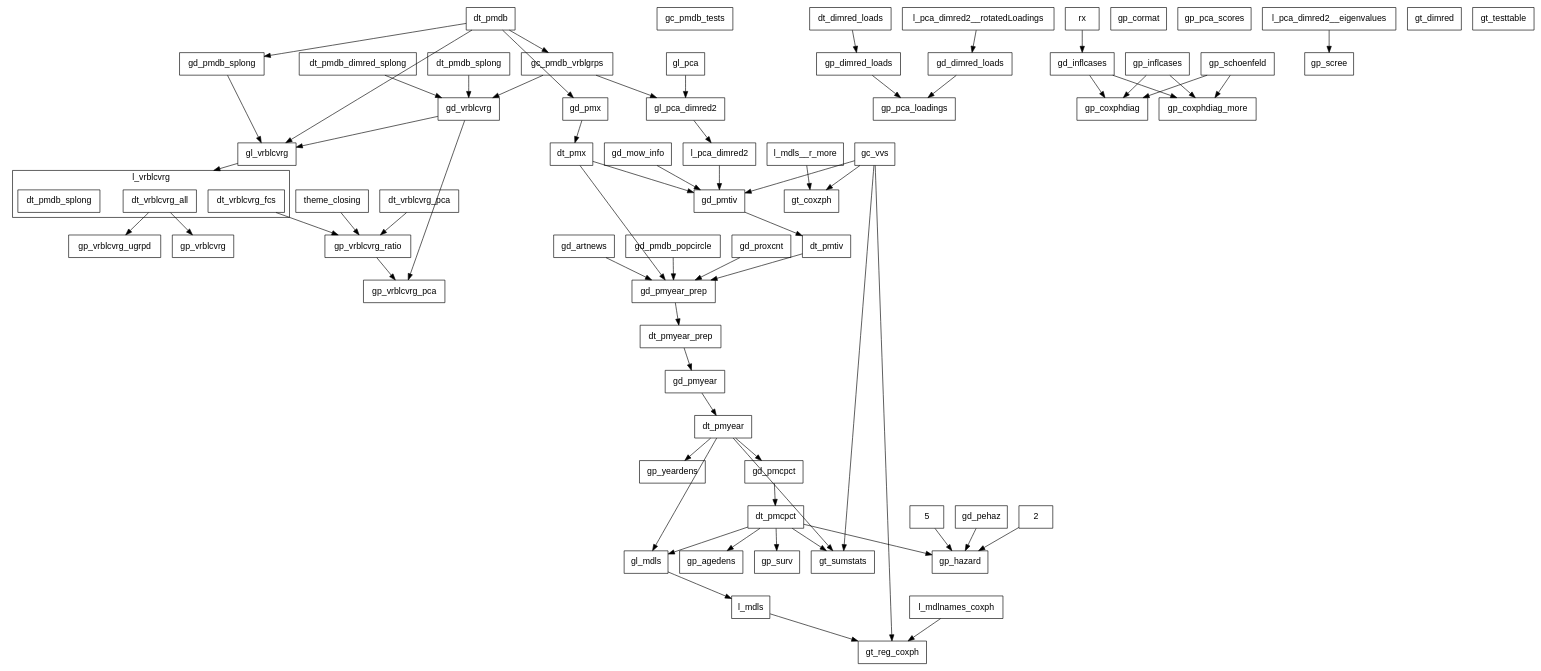
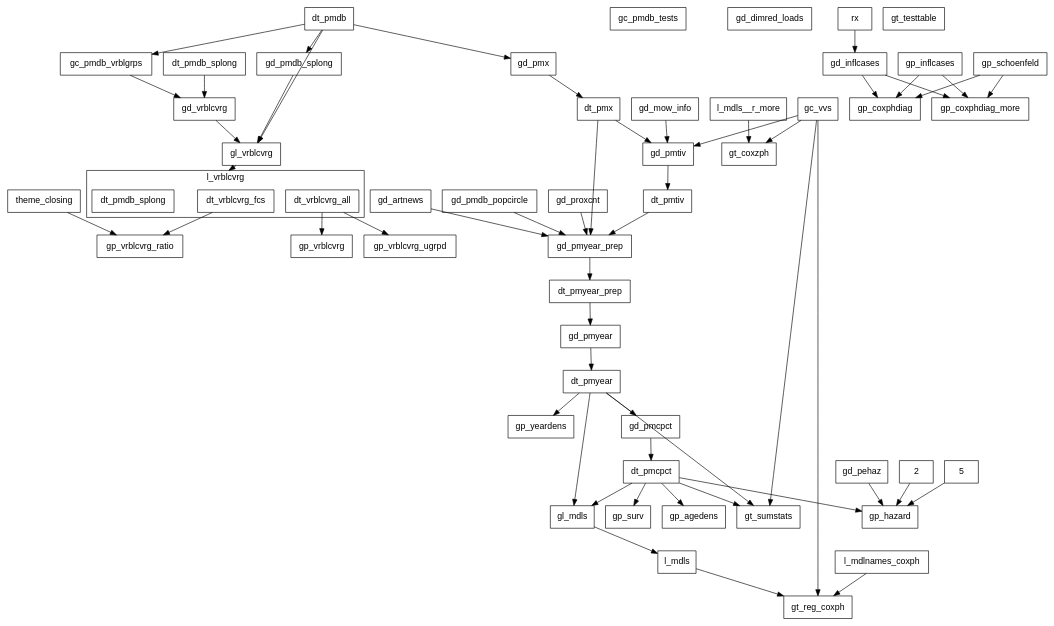
One commit to swhalemwo/pm_closing changed the diagram in misc/callgraph2.dot. Above: the diagram before and after it, drawn with Graphviz. The commit also changed 3 other files, not shown here.

```diff
--- a/misc/callgraph2.dot
+++ b/misc/callgraph2.dot
@@ -1,142 +1,114 @@
 digraph D {
  compound = true;
  splines = false; fontname=helvetica;
  node [shape=box, fontsize = 14, fontname=helvetica];
  edge [style = solid];
  
  subgraph cluster_l_vrblcvrg {
  label = "l_vrblcvrg";
  l_vrblcvrg__dt_vrblcvrg_all [label=dt_vrblcvrg_all]; 
 l_vrblcvrg__dt_vrblcvrg_fcs [label=dt_vrblcvrg_fcs]; 
 l_vrblcvrg [label = "", color=transparent, width=0, height=0]; 
 l_vrblcvrg__dt_pmdb_splong [label=dt_pmdb_splong] 
 } 
  gc_pmdb_tests; 
 gc_pmdb_vrblgrps; 
 gc_vvs; 
 gd_artnews; 
 gd_dimred_loads; 
 gd_inflcases; 
 gd_mow_info; 
 gd_pehaz; 
 gd_pmcpct; 
 gd_pmdb_popcircle; 
 gd_pmdb_splong; 
 gd_pmtiv; 
 gd_pmx; 
 gd_pmyear; 
 gd_pmyear_prep; 
 gd_proxcnt; 
 gd_vrblcvrg; 
 gl_mdls; 
-gl_pca; 
-gl_pca_dimred2; 
 gl_vrblcvrg; 
 gp_agedens; 
-gp_cormat; 
 gp_coxphdiag; 
 gp_coxphdiag_more; 
-gp_dimred_loads; 
 gp_hazard; 
 gp_inflcases; 
-gp_pca_loadings; 
-gp_pca_scores; 
 gp_schoenfeld; 
-gp_scree; 
 gp_surv; 
 gp_vrblcvrg; 
-gp_vrblcvrg_pca; 
 gp_vrblcvrg_ratio; 
 gp_vrblcvrg_ugrpd; 
 gp_yeardens; 
 gt_coxzph; 
-gt_dimred; 
 gt_reg_coxph; 
 gt_sumstats; 
 gt_testtable; 
 theme_closing; 
 dt_pmdb; 
 dt_pmdb_splong; 
 dt_pmx; 
-l_pca_dimred2; 
 dt_pmtiv; 
 dt_pmyear_prep; 
 dt_pmyear; 
 dt_pmcpct; 
-dt_pmdb_dimred_splong; 
-dt_vrblcvrg_pca; 
 2; 
 5; 
-l_pca_dimred2__eigenvalues; 
-l_pca_dimred2__rotatedLoadings; 
-dt_dimred_loads; 
 rx; 
 l_mdls__r_more; 
 l_mdls; 
 l_mdlnames_coxph 
  2 -> gp_hazard; 
 5 -> gp_hazard; 
-dt_dimred_loads -> gp_dimred_loads; 
 dt_pmcpct -> gl_mdls; 
 dt_pmcpct -> gp_agedens; 
 dt_pmcpct -> gp_hazard; 
 dt_pmcpct -> gp_surv; 
 dt_pmcpct -> gt_sumstats; 
 dt_pmdb -> gc_pmdb_vrblgrps; 
 dt_pmdb -> gd_pmdb_splong; 
 dt_pmdb -> gd_pmx; 
 dt_pmdb -> gl_vrblcvrg; 
-dt_pmdb_dimred_splong -> gd_vrblcvrg; 
 dt_pmdb_splong -> gd_vrblcvrg; 
 dt_pmtiv -> gd_pmyear_prep; 
 dt_pmx -> gd_pmtiv; 
 dt_pmx -> gd_pmyear_prep; 
 dt_pmyear -> gd_pmcpct; 
 dt_pmyear -> gl_mdls; 
 dt_pmyear -> gp_yeardens; 
 dt_pmyear -> gt_sumstats; 
 dt_pmyear_prep -> gd_pmyear; 
-dt_vrblcvrg_pca -> gp_vrblcvrg_ratio; 
 gc_pmdb_vrblgrps -> gd_vrblcvrg; 
-gc_pmdb_vrblgrps -> gl_pca_dimred2; 
 gc_vvs -> gd_pmtiv; 
 gc_vvs -> gt_coxzph; 
 gc_vvs -> gt_reg_coxph; 
 gc_vvs -> gt_sumstats; 
 gd_artnews -> gd_pmyear_prep; 
-gd_dimred_loads -> gp_pca_loadings; 
 gd_inflcases -> gp_coxphdiag; 
 gd_inflcases -> gp_coxphdiag_more; 
 gd_mow_info -> gd_pmtiv; 
 gd_pehaz -> gp_hazard; 
 gd_pmcpct -> dt_pmcpct; 
 gd_pmdb_popcircle -> gd_pmyear_prep; 
 gd_pmdb_splong -> gl_vrblcvrg; 
 gd_pmtiv -> dt_pmtiv; 
 gd_pmx -> dt_pmx; 
 gd_pmyear -> dt_pmyear; 
 gd_pmyear_prep -> dt_pmyear_prep; 
 gd_proxcnt -> gd_pmyear_prep; 
 gd_vrblcvrg -> gl_vrblcvrg; 
-gd_vrblcvrg -> gp_vrblcvrg_pca; 
 gl_mdls -> l_mdls; 
-gl_pca -> gl_pca_dimred2; 
-gl_pca_dimred2 -> l_pca_dimred2; 
 gl_vrblcvrg -> l_vrblcvrg[lhead=cluster_l_vrblcvrg,ltail=gl_vrblcvrg]; 
-gp_dimred_loads -> gp_pca_loadings; 
 gp_inflcases -> gp_coxphdiag; 
 gp_inflcases -> gp_coxphdiag_more; 
 gp_schoenfeld -> gp_coxphdiag; 
 gp_schoenfeld -> gp_coxphdiag_more; 
-gp_vrblcvrg_ratio -> gp_vrblcvrg_pca; 
 l_mdlnames_coxph -> gt_reg_coxph; 
 l_mdls -> gt_reg_coxph; 
 l_mdls__r_more -> gt_coxzph; 
-l_pca_dimred2 -> gd_pmtiv; 
-l_pca_dimred2__eigenvalues -> gp_scree; 
-l_pca_dimred2__rotatedLoadings -> gd_dimred_loads; 
 l_vrblcvrg__dt_vrblcvrg_all -> gp_vrblcvrg; 
 l_vrblcvrg__dt_vrblcvrg_all -> gp_vrblcvrg_ugrpd; 
 l_vrblcvrg__dt_vrblcvrg_fcs -> gp_vrblcvrg_ratio; 
 rx -> gd_inflcases; 
 theme_closing -> gp_vrblcvrg_ratio }
```
